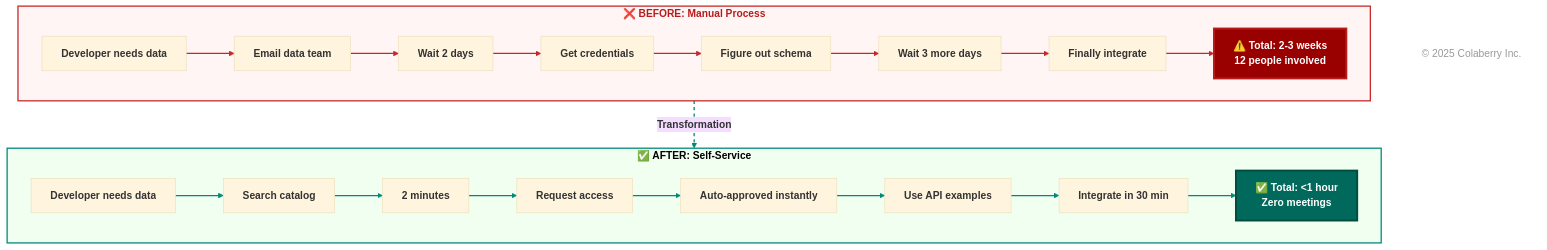
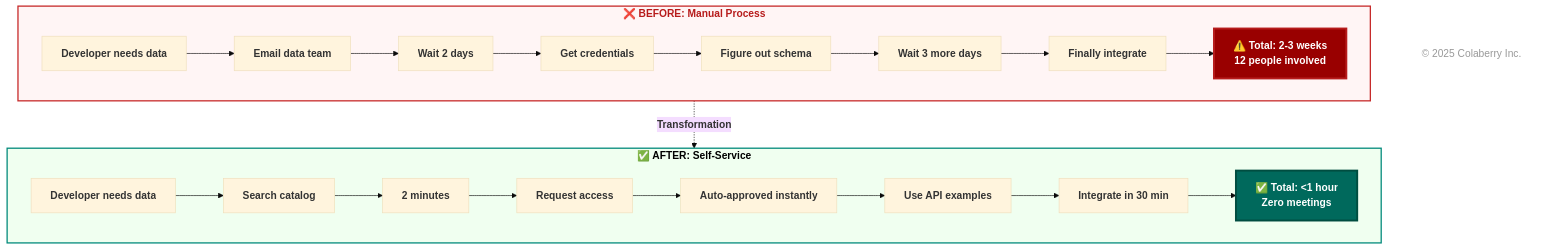
Diagram 13 of 16 in chapter-01/chapter_1_complete.md (colaberry/enterprise-data-readiness-ai-agents), drawn with Mermaid (base theme) before and after one commit. The commit also changed other lines of this file, not shown here.

First line of the commit message:
chapter 1 diagram 2 fix

````diff
--- a/chapter-01/chapter_1_complete.md
+++ b/chapter-01/chapter_1_complete.md
@@ -2045,58 +1975,44 @@
 ```mermaid
 flowchart TB
     subgraph before["<b>❌ BEFORE: Manual Process</b>"]
         direction LR
         B1["<b>Developer needs data</b>"]
         B2["<b>Email data team</b>"]
         B3["<b>Wait 2 days</b>"]
         B4["<b>Get credentials</b>"]
         B5["<b>Figure out schema</b>"]
         B6["<b>Wait 3 more days</b>"]
         B7["<b>Finally integrate</b>"]
         B8["<b>⚠️ Total: 2-3 weeks</b><br/><b>12 people involved</b>"]
         
         B1 --> B2 --> B3 --> B4 --> B5 --> B6 --> B7 --> B8
     end
 
     subgraph after["<b>✅ AFTER: Self-Service</b>"]
         direction LR
         A1["<b>Developer needs data</b>"]
         A2["<b>Search catalog</b>"]
         A3["<b>2 minutes</b>"]
         A4["<b>Request access</b>"]
         A5["<b>Auto-approved instantly</b>"]
         A6["<b>Use API examples</b>"]
         A7["<b>Integrate in 30 min</b>"]
         A8["<b>✅ Total: <1 hour</b><br/><b>Zero meetings</b>"]
         
         A1 --> A2 --> A3 --> A4 --> A5 --> A6 --> A7 --> A8
     end
 
     before -.->|"`**Transformation**`"| after
 
     %% Link styling
-    linkStyle 0 stroke:#c62828,stroke-width:2px
-    linkStyle 1 stroke:#c62828,stroke-width:2px
-    linkStyle 2 stroke:#c62828,stroke-width:2px
-    linkStyle 3 stroke:#c62828,stroke-width:2px
-    linkStyle 4 stroke:#c62828,stroke-width:2px
-    linkStyle 5 stroke:#c62828,stroke-width:2px
-    linkStyle 6 stroke:#c62828,stroke-width:2px
-    linkStyle 7 stroke:#00897b,stroke-width:2px
-    linkStyle 8 stroke:#00897b,stroke-width:2px
-    linkStyle 9 stroke:#00897b,stroke-width:2px
-    linkStyle 10 stroke:#00897b,stroke-width:2px
-    linkStyle 11 stroke:#00897b,stroke-width:2px
-    linkStyle 12 stroke:#00897b,stroke-width:2px
-    linkStyle 13 stroke:#00897b,stroke-width:2px
-    linkStyle 14 stroke:#00897b,stroke-width:2px,stroke-dasharray:5
 
     style before fill:#fff5f5,stroke:#c62828,stroke-width:2px,color:#b71c1c
     style after fill:#f0fff0,stroke:#00897b,stroke-width:2px,color:#000000
     style B8 fill:#990000,color:#ffffff,stroke:#b71c1c,stroke-width:3px
     style A8 fill:#00695c,color:#ffffff,stroke:#004d40,stroke-width:3px
     
     %% Copyright Notice
     CR["© 2025 Colaberry Inc."]
     style CR fill:none,stroke:none,color:#999999
+
 ```
````
